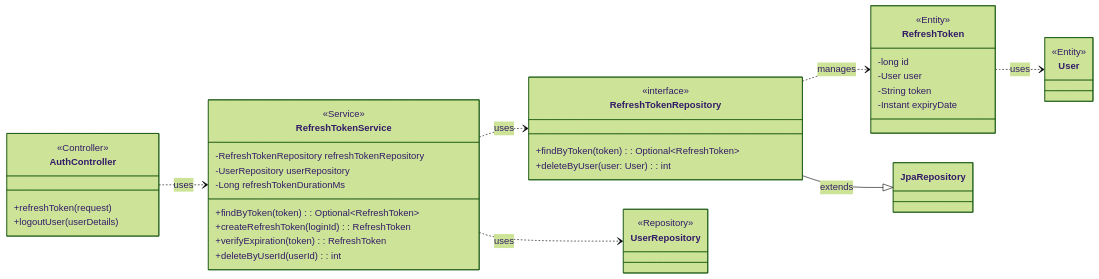
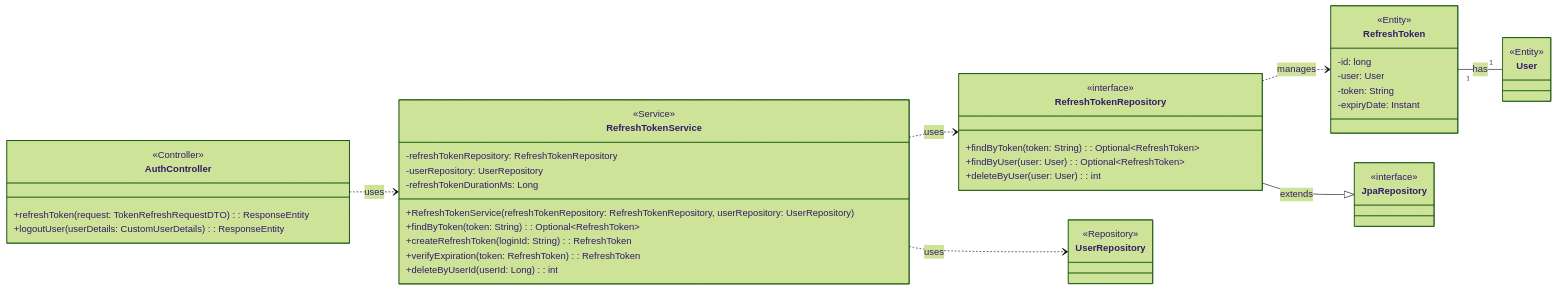
The diagram in SDS/classDiagram/refreshTokenClassDiagram.md (rororo33/game-s-cord), drawn with Mermaid (forest theme) before and after one commit. The commit also changed other lines of this file and 11 other files, not shown here.

Commit message:
feat:classDiagram

````diff
--- a/SDS/classDiagram/refreshTokenClassDiagram.md
+++ b/SDS/classDiagram/refreshTokenClassDiagram.md
@@ -3,46 +3,49 @@
 ```mermaid
 classDiagram
     direction LR
 
     class AuthController {
         <<Controller>>
-        +refreshToken(request)
-        +logoutUser(userDetails)
+        +refreshToken(request: TokenRefreshRequestDTO): ResponseEntity<?>
+        +logoutUser(userDetails: CustomUserDetails): ResponseEntity<?>
     }
 
     class RefreshTokenService {
         <<Service>>
-        -RefreshTokenRepository refreshTokenRepository
-        -UserRepository userRepository
-        -Long refreshTokenDurationMs
-        +findByToken(token): Optional~RefreshToken~
-        +createRefreshToken(loginId): RefreshToken
-        +verifyExpiration(token): RefreshToken
-        +deleteByUserId(userId): int
+        -refreshTokenRepository: RefreshTokenRepository
+        -userRepository: UserRepository
+        -refreshTokenDurationMs: Long
+        +RefreshTokenService(refreshTokenRepository: RefreshTokenRepository, userRepository: UserRepository)
+        +findByToken(token: String): Optional~RefreshToken~
+        +createRefreshToken(loginId: String): RefreshToken
+        +verifyExpiration(token: RefreshToken): RefreshToken
+        +deleteByUserId(userId: Long): int
     }
 
     class RefreshTokenRepository {
         <<interface>>
-        +findByToken(token): Optional~RefreshToken~
+        +findByToken(token: String): Optional~RefreshToken~
+        +findByUser(user: User): Optional~RefreshToken~
         +deleteByUser(user: User): int
     }
     
     class RefreshToken {
         <<Entity>>
-        -long id
-        -User user
-        -String token
-        -Instant expiryDate
+        -id: long
+        -user: User
+        -token: String
+        -expiryDate: Instant
     }
     
     class User { <<Entity>> }
     class UserRepository { <<Repository>> }
+    class JpaRepository { <<interface>> }
     
     %% Relationships
     AuthController ..> RefreshTokenService : uses
     RefreshTokenService ..> RefreshTokenRepository : uses
     RefreshTokenService ..> UserRepository : uses
     RefreshTokenRepository --|> JpaRepository : extends
-    RefreshToken ..> User : uses
+    RefreshToken "1" -- "1" User : has
     RefreshTokenRepository ..> RefreshToken : manages
 ```
````
